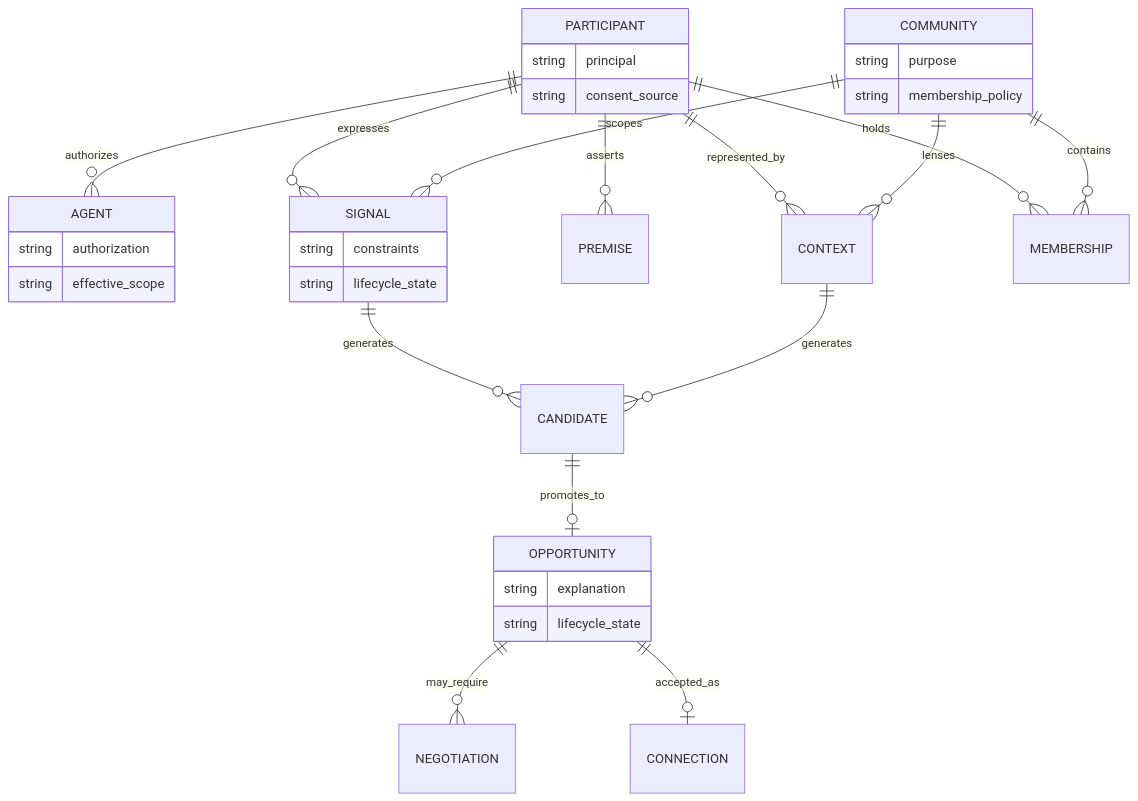
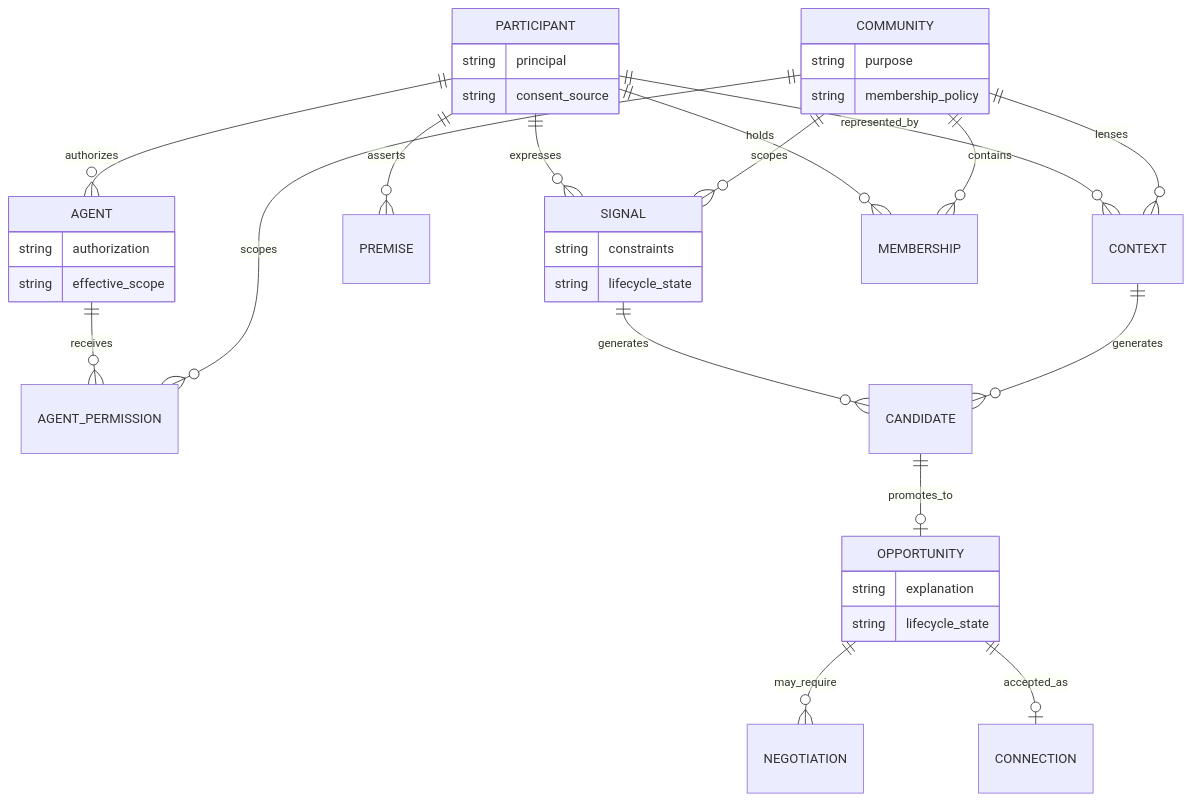
Before and after one commit to indexnetwork/index: the second of 6 diagrams in packages/protocol/README.md, drawn with Mermaid. The commit also changed other lines of this file, not shown here.

````diff
--- a/packages/protocol/README.md
+++ b/packages/protocol/README.md
@@ -89,37 +90,39 @@
 ```mermaid
 erDiagram
     PARTICIPANT ||--o{ AGENT : authorizes
     PARTICIPANT ||--o{ SIGNAL : expresses
     PARTICIPANT ||--o{ PREMISE : asserts
     PARTICIPANT ||--o{ CONTEXT : represented_by
     PARTICIPANT ||--o{ MEMBERSHIP : holds
+    AGENT ||--o{ AGENT_PERMISSION : receives
     COMMUNITY ||--o{ MEMBERSHIP : contains
+    COMMUNITY ||--o{ AGENT_PERMISSION : scopes
     COMMUNITY ||--o{ SIGNAL : scopes
     COMMUNITY ||--o{ CONTEXT : lenses
     SIGNAL ||--o{ CANDIDATE : generates
     CONTEXT ||--o{ CANDIDATE : generates
     CANDIDATE ||--o| OPPORTUNITY : promotes_to
     OPPORTUNITY ||--o{ NEGOTIATION : may_require
     OPPORTUNITY ||--o| CONNECTION : accepted_as
 
     PARTICIPANT {
       string principal
       string consent_source
     }
     AGENT {
       string authorization
       string effective_scope
     }
     COMMUNITY {
       string purpose
       string membership_policy
     }
     SIGNAL {
       string constraints
       string lifecycle_state
     }
     OPPORTUNITY {
       string explanation
       string lifecycle_state
     }
 ```
````
